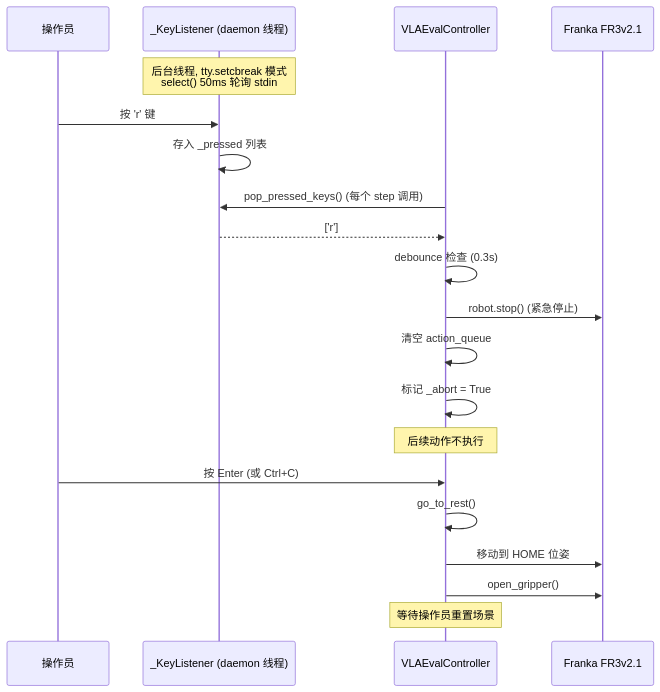
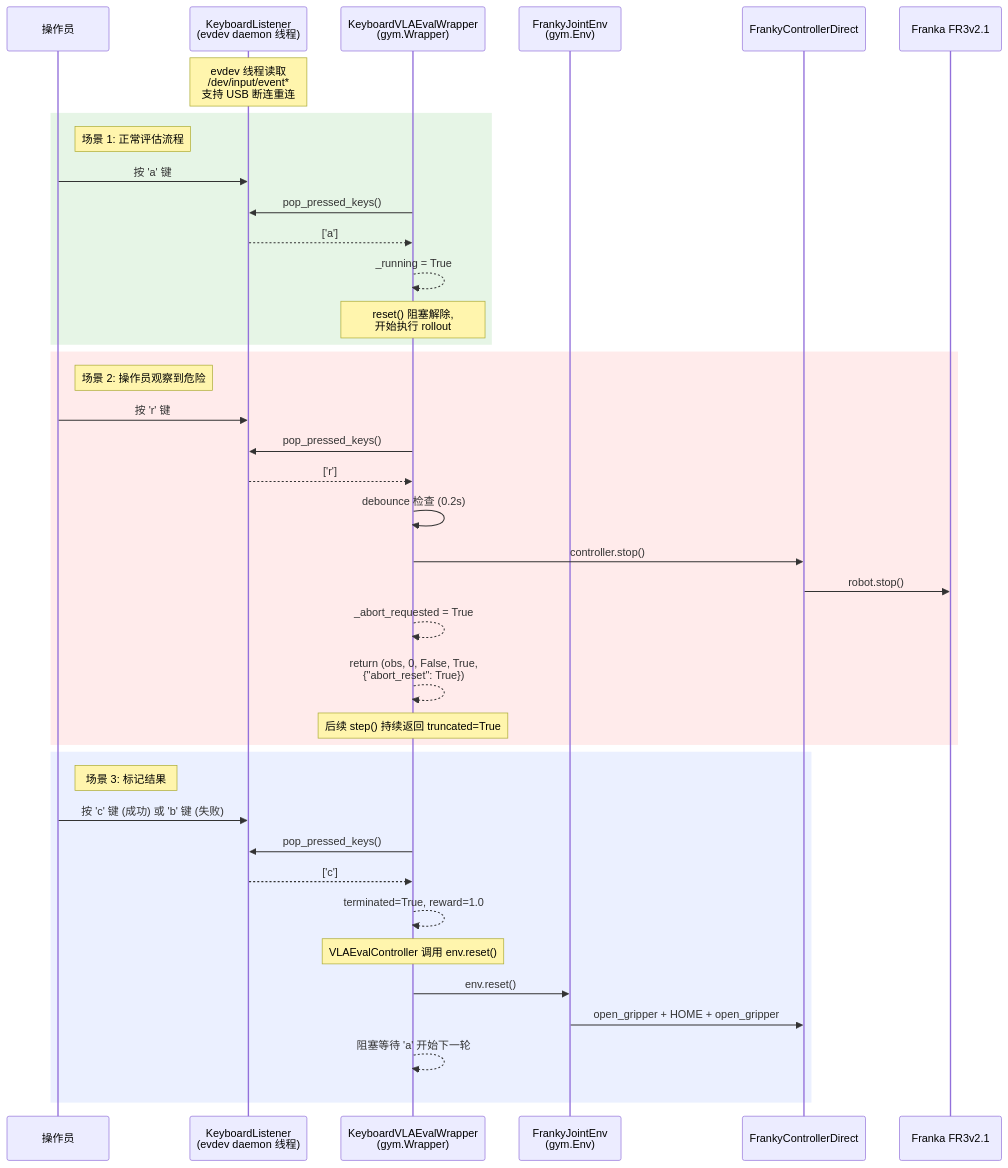
Before and after one commit to Avant-US/RLinf: the sixth of 6 diagrams in b/d/frk1/4wvla_rlinf_eval_3A3.md, drawn with Mermaid. The commit also changed other lines of this file and 8 other files, not shown here.

````diff
--- a/b/d/frk1/4wvla_rlinf_eval_3A3.md
+++ b/b/d/frk1/4wvla_rlinf_eval_3A3.md
@@ -1990,27 +3060,45 @@
 ```mermaid
 sequenceDiagram
     participant OP as 操作员
-    participant KL as _KeyListener (daemon 线程)
-    participant CLIENT as VLAEvalController
+    participant KL as KeyboardListener<br/>(evdev daemon 线程)
+    participant WRAP as KeyboardVLAEvalWrapper<br/>(gym.Wrapper)
+    participant ENV as FrankyJointEnv<br/>(gym.Env)
+    participant CTRL as FrankyControllerDirect
     participant ROBOT as Franka FR3v2.1
 
-    Note over KL: 后台线程, tty.setcbreak 模式<br/>select() 50ms 轮询 stdin
+    Note over KL: evdev 线程读取<br/>/dev/input/event*<br/>支持 USB 断连重连
 
+    rect rgb(230, 245, 230)
+    Note right of OP: 场景 1: 正常评估流程
+    OP->>KL: 按 'a' 键
+    WRAP->>KL: pop_pressed_keys()
+    KL-->>WRAP: ['a']
+    WRAP-->>WRAP: _running = True
+    Note over WRAP: reset() 阻塞解除,<br/>开始执行 rollout
+    end
+
+    rect rgb(255, 235, 235)
+    Note right of OP: 场景 2: 操作员观察到危险
     OP->>KL: 按 'r' 键
-    KL->>KL: 存入 _pressed 列表
+    WRAP->>KL: pop_pressed_keys()
+    KL-->>WRAP: ['r']
+    WRAP->>WRAP: debounce 检查 (0.2s)
+    WRAP->>CTRL: controller.stop()
+    CTRL->>ROBOT: robot.stop()
+    WRAP-->>WRAP: _abort_requested = True
+    WRAP-->>WRAP: return (obs, 0, False, True,<br/>{"abort_reset": True})
+    Note over WRAP: 后续 step() 持续返回 truncated=True
+    end
 
-    CLIENT->>KL: pop_pressed_keys() (每个 step 调用)
-    KL-->>CLIENT: ['r']
-    CLIENT->>CLIENT: debounce 检查 (0.3s)
-    CLIENT->>ROBOT: robot.stop() (紧急停止)
-    CLIENT->>CLIENT: 清空 action_queue
-    CLIENT->>CLIENT: 标记 _abort = True
-
-    Note over CLIENT: 后续动作不执行
-
-    OP->>CLIENT: 按 Enter (或 Ctrl+C)
-    CLIENT->>CLIENT: go_to_rest()
-    CLIENT->>ROBOT: 移动到 HOME 位姿
-    CLIENT->>ROBOT: open_gripper()
-    Note over CLIENT: 等待操作员重置场景
+    rect rgb(235, 240, 255)
+    Note right of OP: 场景 3: 标记结果
+    OP->>KL: 按 'c' 键 (成功) 或 'b' 键 (失败)
+    WRAP->>KL: pop_pressed_keys()
+    KL-->>WRAP: ['c']
+    WRAP-->>WRAP: terminated=True, reward=1.0
+    Note over WRAP: VLAEvalController 调用 env.reset()
+    WRAP->>ENV: env.reset()
+    ENV->>CTRL: open_gripper + HOME + open_gripper
+    WRAP-->>WRAP: 阻塞等待 'a' 开始下一轮
+    end
 ```
````
